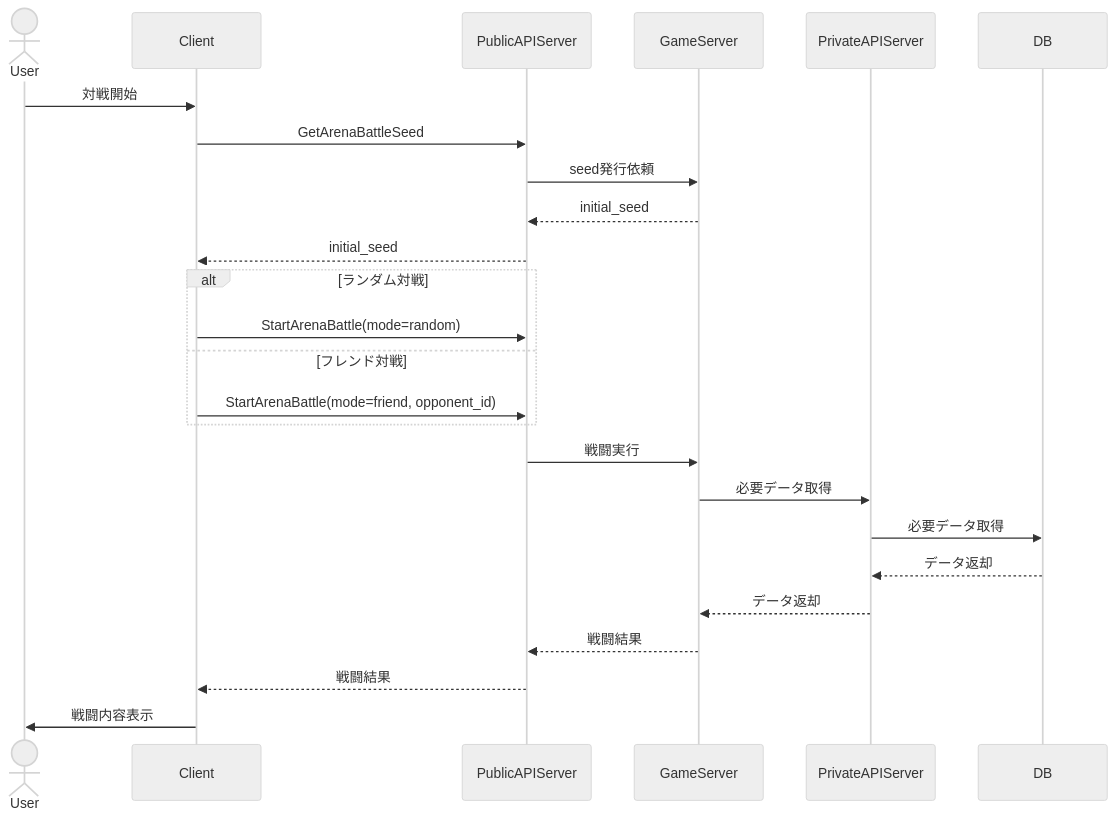
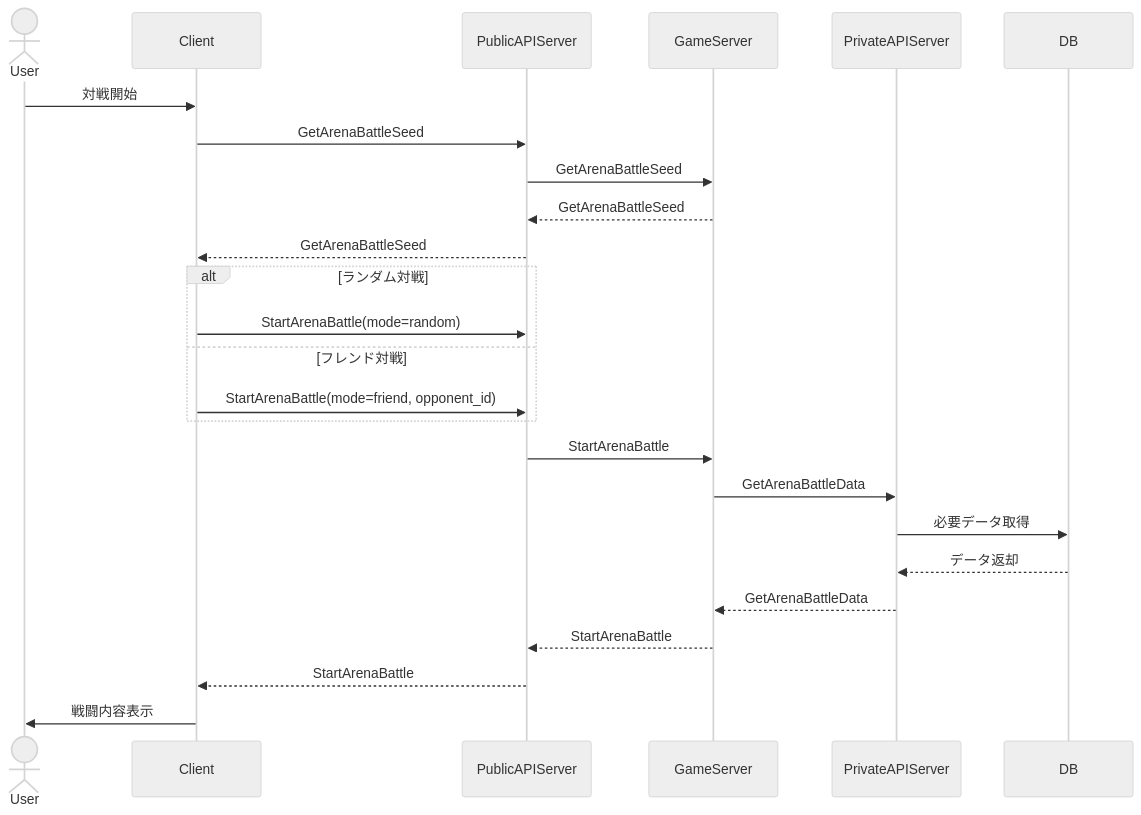
Before and after one commit to ReHydrangeaOdyssey/Specifications: the third of 3 diagrams in arina.md, drawn with Mermaid (neutral theme). The commit also changed other lines of this file and 15 other files, not shown here.

````diff
--- a/arina.md
+++ b/arina.md
@@ -85,30 +87,30 @@
 ```mermaid
 sequenceDiagram
     actor User
     participant Client
     participant PublicAPIServer
     participant GameServer
     participant PrivateAPIServer
     participant DB
 
     User->>Client: 対戦開始
     Client->>PublicAPIServer: GetArenaBattleSeed
-    PublicAPIServer->>GameServer: seed発行依頼
-    GameServer-->>PublicAPIServer: initial_seed
-    PublicAPIServer-->>Client: initial_seed
+    PublicAPIServer->>GameServer: GetArenaBattleSeed
+    GameServer-->>PublicAPIServer: GetArenaBattleSeed
+    PublicAPIServer-->>Client: GetArenaBattleSeed
 
     alt ランダム対戦
         Client->>PublicAPIServer: StartArenaBattle(mode=random)
     else フレンド対戦
         Client->>PublicAPIServer: StartArenaBattle(mode=friend, opponent_id)
     end
 
-    PublicAPIServer->>GameServer: 戦闘実行
-    GameServer->>PrivateAPIServer: 必要データ取得
+    PublicAPIServer->>GameServer: StartArenaBattle
+    GameServer->>PrivateAPIServer: GetArenaBattleData
     PrivateAPIServer->>DB: 必要データ取得
     DB-->>PrivateAPIServer: データ返却
-    PrivateAPIServer-->>GameServer: データ返却
-    GameServer-->>PublicAPIServer: 戦闘結果
-    PublicAPIServer-->>Client: 戦闘結果
+    PrivateAPIServer-->>GameServer: GetArenaBattleData
+    GameServer-->>PublicAPIServer: StartArenaBattle
+    PublicAPIServer-->>Client: StartArenaBattle
     Client->>User: 戦闘内容表示
 ```
````
